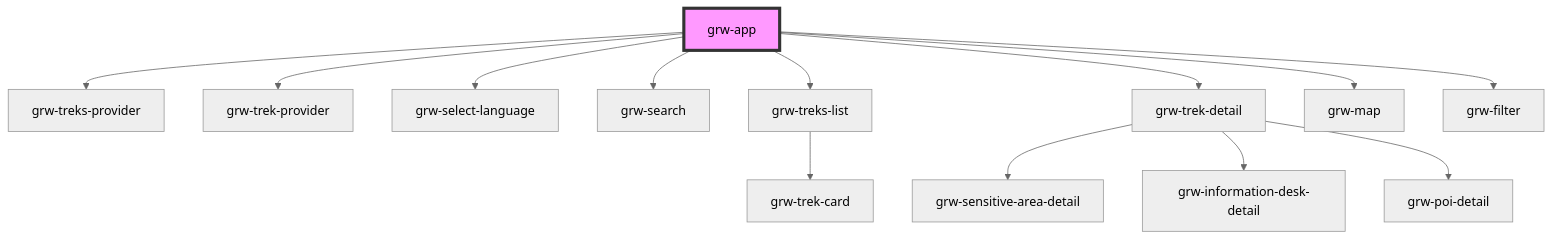
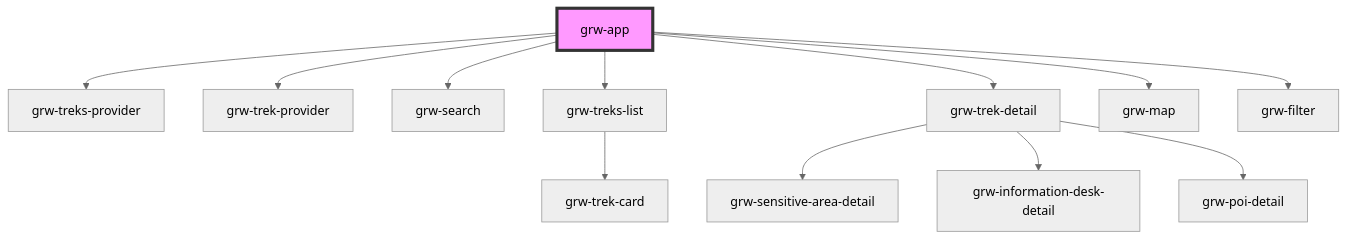
Before and after one commit to GeotrekCE/Geotrek-rando-widget: the diagram in src/components/grw-app/readme.md, drawn with Mermaid (neutral theme). The commit also changed other lines of this file and 8 other files, not shown here.

````diff
--- a/src/components/grw-app/readme.md
+++ b/src/components/grw-app/readme.md
@@ -71,16 +68,15 @@
 ```mermaid
 graph TD;
   grw-app --> grw-treks-provider
   grw-app --> grw-trek-provider
-  grw-app --> grw-select-language
   grw-app --> grw-search
   grw-app --> grw-treks-list
   grw-app --> grw-trek-detail
   grw-app --> grw-map
   grw-app --> grw-filter
   grw-treks-list --> grw-trek-card
   grw-trek-detail --> grw-sensitive-area-detail
   grw-trek-detail --> grw-information-desk-detail
   grw-trek-detail --> grw-poi-detail
   style grw-app fill:#f9f,stroke:#333,stroke-width:4px
 ```
````
